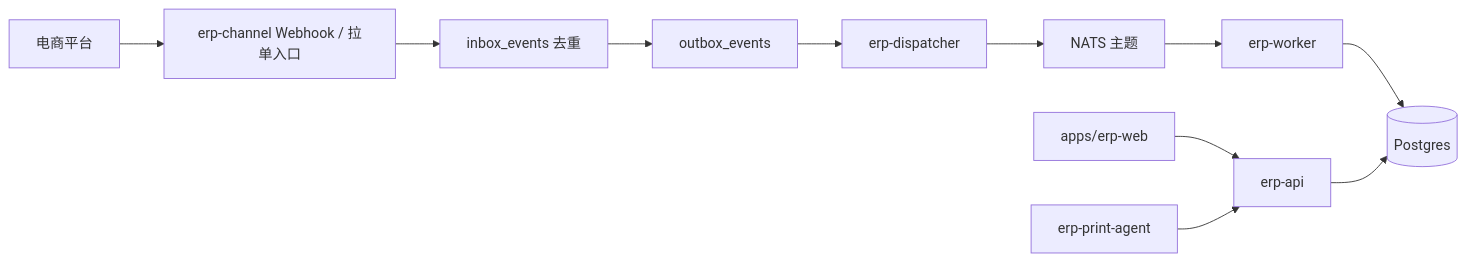
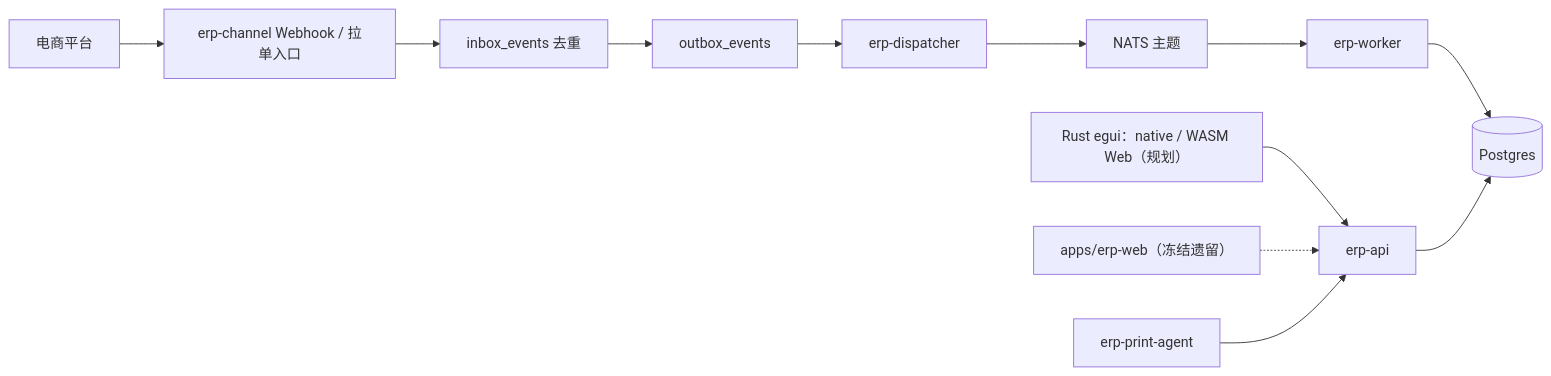
One commit to zhuco/erp changed the diagram in docs/ARCHITECTURE.md. Above: the diagram before and after it, drawn with Mermaid. The commit also changed other lines of this file and 1425 other files, not shown here.

First line of the commit message:
Add Rust DataGrid workbench and retire the React erp-web UI.

````diff
--- a/docs/ARCHITECTURE.md
+++ b/docs/ARCHITECTURE.md
@@ -10,13 +10,14 @@
 ```mermaid
 flowchart LR
   Platform["电商平台"] --> Channel["erp-channel Webhook / 拉单入口"]
   Channel --> Inbox["inbox_events 去重"]
   Inbox --> Outbox["outbox_events"]
   Outbox --> Dispatcher["erp-dispatcher"]
   Dispatcher --> NATS["NATS 主题"]
   NATS --> Worker["erp-worker"]
   Worker --> DB[("Postgres")]
   API["erp-api"] --> DB
-  Web["apps/erp-web"] --> API
+  UI["Rust egui：native / WASM Web（规划）"] --> API
+  Legacy["apps/erp-web（冻结遗留）"] -.-> API
   Print["erp-print-agent"] --> API
 ```
````
